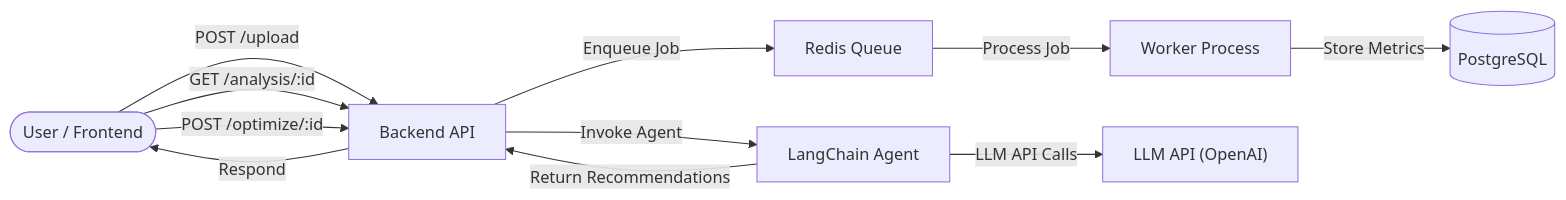
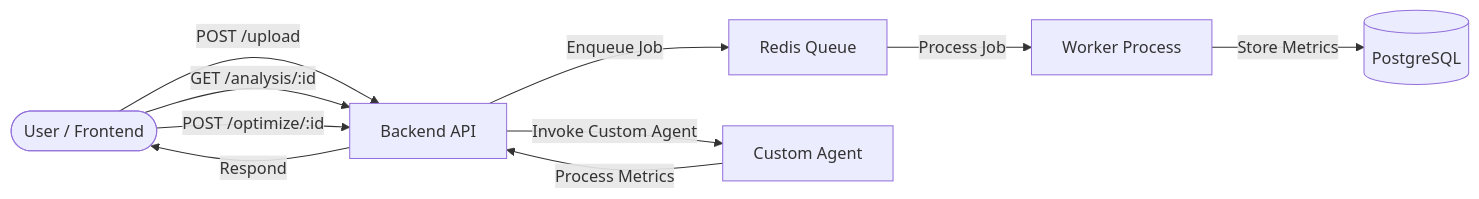
The diagram in README.md (Gya7329/ad-data-insights), drawn with Mermaid before and after one commit.

````diff
--- a/README.md
+++ b/README.md
@@ -9,13 +9,12 @@
 ```mermaid
 flowchart LR
     User([User / Frontend]) -->|POST /upload| Backend[Backend API]
     Backend -->|Enqueue Job| Redis[Redis Queue]
     Redis -->|Process Job| Worker[Worker Process]
     Worker -->|Store Metrics| DB[(PostgreSQL)]
     User -->|GET /analysis/:id| Backend
     User -->|POST /optimize/:id| Backend
-    Backend -->|Invoke Agent| Agent[LangChain Agent]
-    Agent -->|LLM API Calls| LLM["LLM API (OpenAI)"]
-    Agent -->|Return Recommendations| Backend
+    Backend -->|Invoke Custom Agent| Agent[Custom Agent]
+    Agent -->|Process Metrics| Backend
     Backend -->|Respond| User
 ```
````
